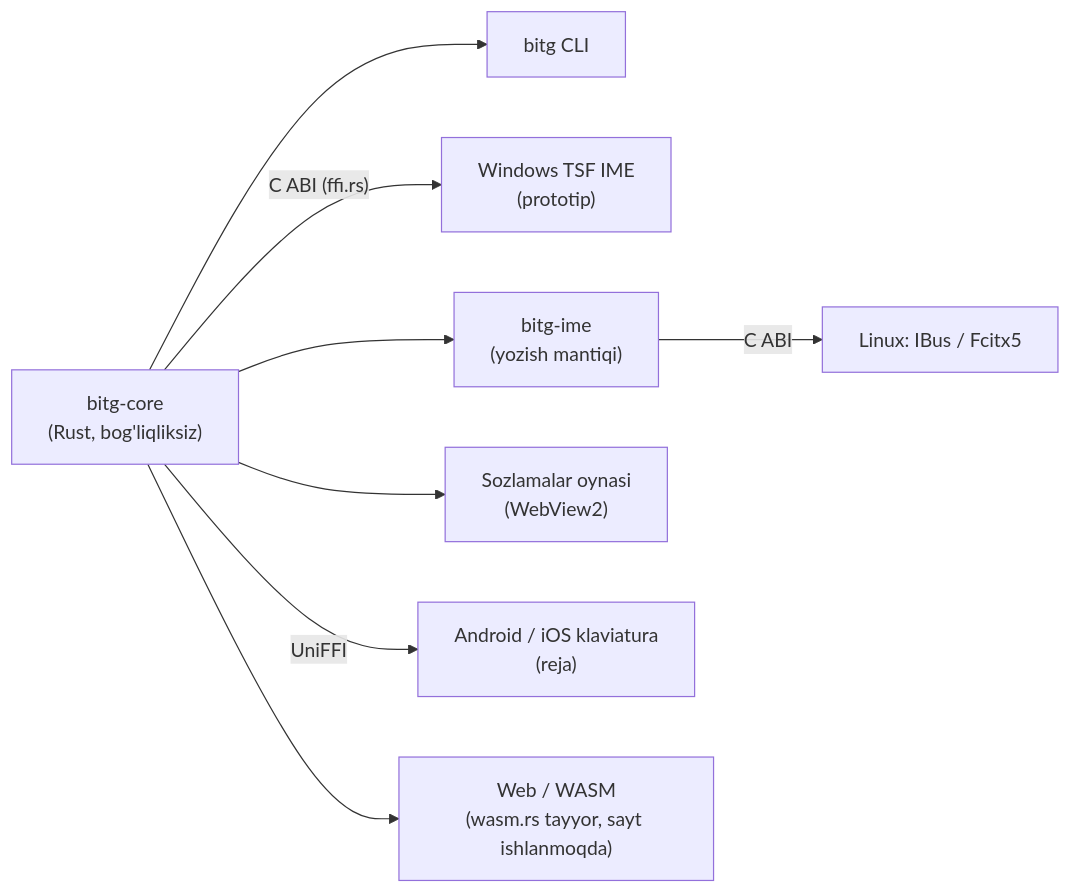
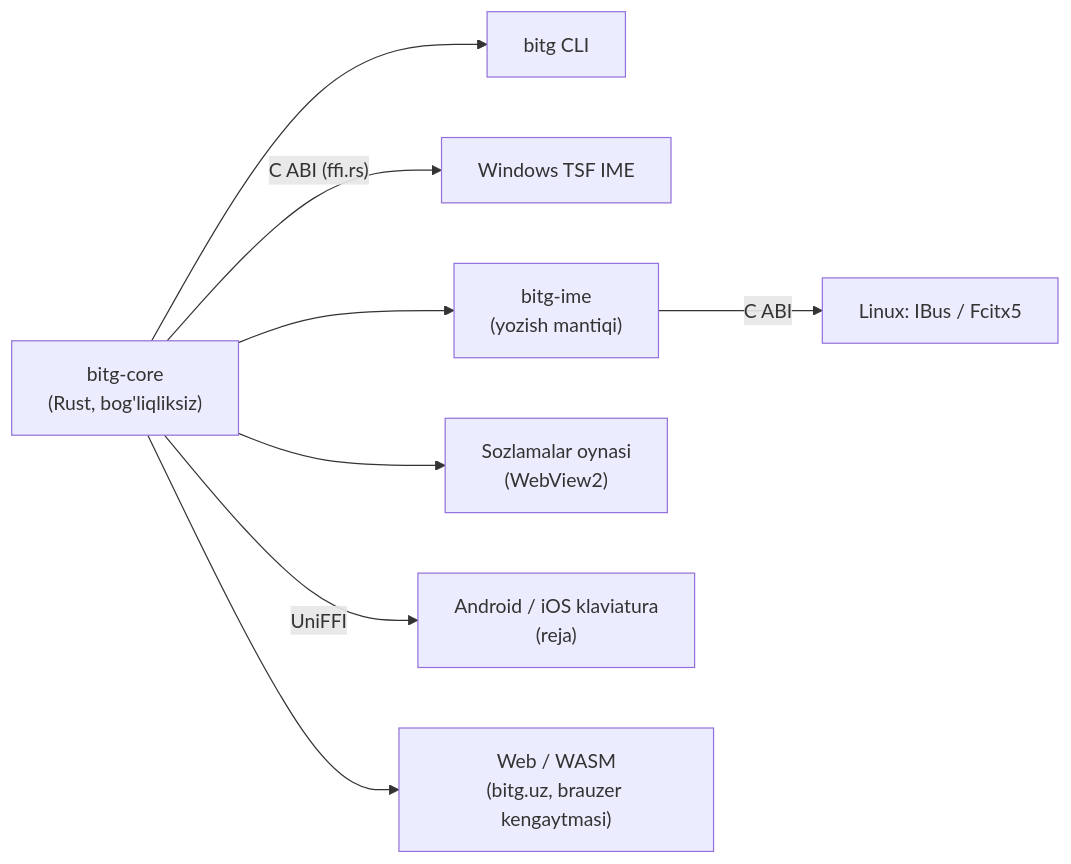
Before and after one commit to dtwinuz/bitg: the diagram in README.md, drawn with Mermaid. The commit also changed other lines of this file and 80 other files, not shown here.

````diff
--- a/README.md
+++ b/README.md
@@ -93,18 +93,18 @@
 ```mermaid
 flowchart LR
   core["bitg-core<br/>(Rust, bog'liqliksiz)"]
   cli["bitg CLI"]
-  tsf["Windows TSF IME<br/>(prototip)"]
+  tsf["Windows TSF IME"]
   ime["bitg-ime<br/>(yozish mantiqi)"]
   ibus["Linux: IBus / Fcitx5"]
   tray["Sozlamalar oynasi<br/>(WebView2)"]
   mob["Android / iOS klaviatura<br/>(reja)"]
-  web["Web / WASM<br/>(wasm.rs tayyor, sayt ishlanmoqda)"]
+  web["Web / WASM<br/>(bitg.uz, brauzer kengaytmasi)"]
   core --> cli
   core -- "C ABI (ffi.rs)" --> tsf
   core --> ime
   ime -- "C ABI" --> ibus
   core --> tray
   core -- "UniFFI" --> mob
   core --> web
 ```
````
